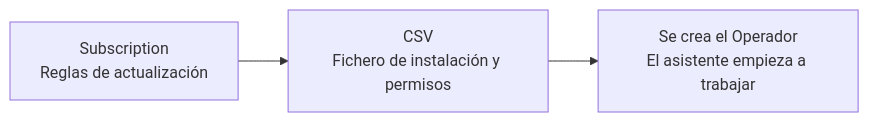
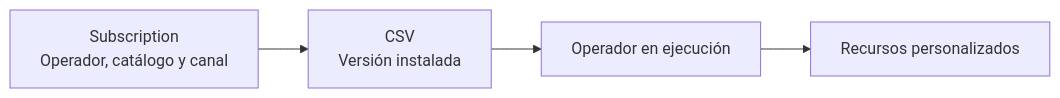
One commit to ieftraining/curso-openshift changed the fourth of 4 diagrams in docs/sesion3/3.7 Operadores.md. Above: the diagram before and after it, drawn with Mermaid. The commit also changed other lines of this file, not shown here.

````diff
--- a/docs/sesion3/3.7 Operadores.md
+++ b/docs/sesion3/3.7 Operadores.md
@@ -129,5 +124,6 @@
 ```mermaid
 flowchart LR
-    A[Subscription<br>Reglas de actualización] --> B[CSV<br>Fichero de instalación y permisos]
-    B --> C[Se crea el Operador<br>El asistente empieza a trabajar]
+    A[Subscription<br/>Operador, catálogo y canal] --> B[CSV<br/>Versión instalada]
+    B --> C[Operador en ejecución]
+    C --> D[Recursos personalizados]
 ```
````
